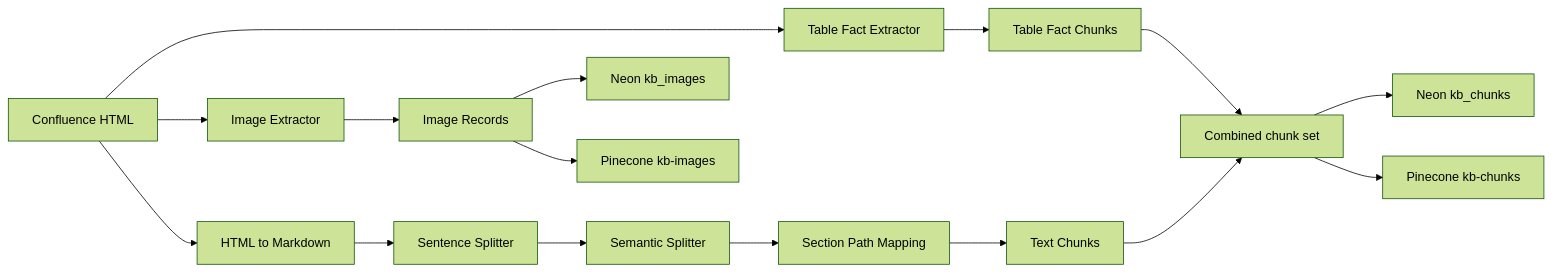
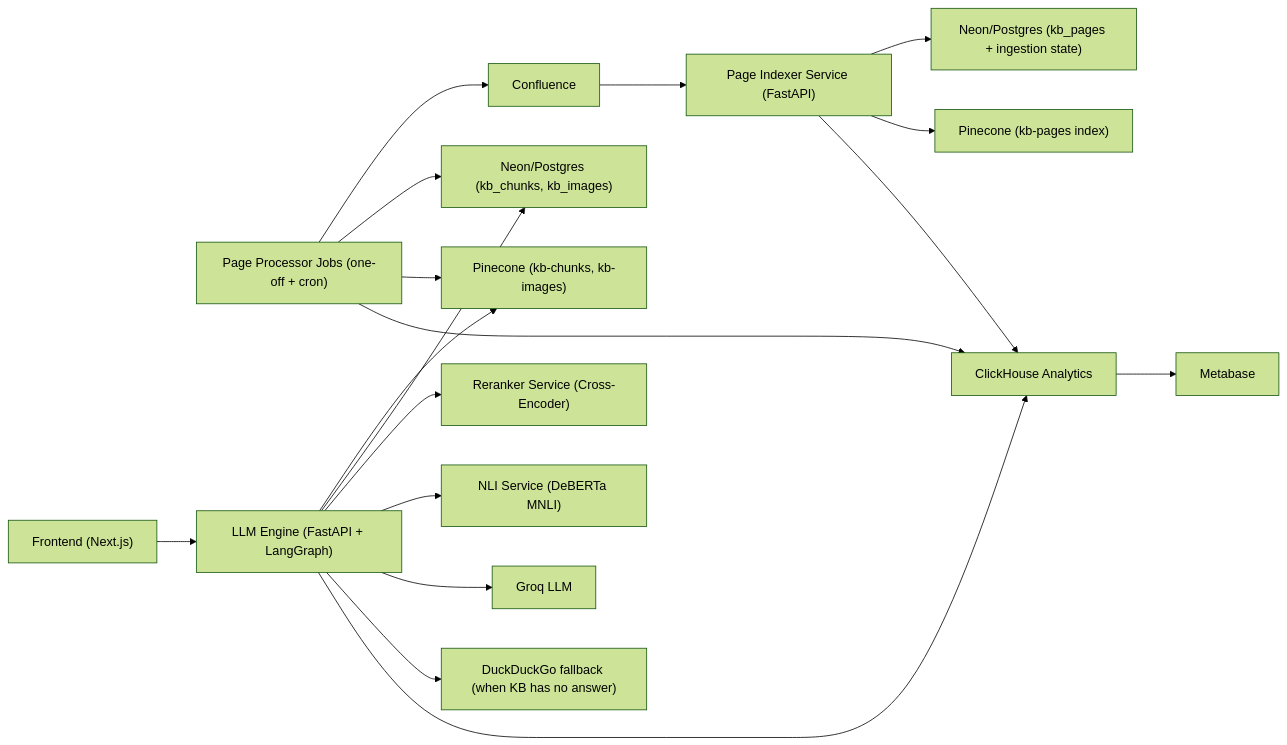
The diagram in README.md (theCodeForgerHQ/Nucleus-AI), drawn with Mermaid (forest theme) before and after one commit. The commit also changed other lines of this file and 1 other file, not shown here.

````diff
--- a/README.md
+++ b/README.md
@@ -216,18 +16,23 @@
 ```mermaid
 flowchart LR
-  A[Confluence HTML] --> B[Image Extractor]
-  A --> C[Table Fact Extractor]
-  A --> D[HTML to Markdown]
-  D --> E[Sentence Splitter]
-  E --> F[Semantic Splitter]
-  F --> G[Section Path Mapping]
-  C --> H[Table Fact Chunks]
-  B --> I[Image Records]
-  G --> J[Text Chunks]
-  H --> K[Combined chunk set]
-  J --> K
-  K --> L[Neon kb_chunks]
-  K --> M[Pinecone kb-chunks]
-  I --> N[Neon kb_images]
-  I --> O[Pinecone kb-images]
+  A["Confluence"] --> B["Page Indexer Service (FastAPI)"]
+  B --> C["Neon/Postgres (kb_pages + ingestion state)"]
+  B --> D["Pinecone (kb-pages index)"]
+
+  E["Page Processor Jobs (one-off + cron)"] --> A
+  E --> F["Neon/Postgres (kb_chunks, kb_images)"]
+  E --> G["Pinecone (kb-chunks, kb-images)"]
+
+  H["Frontend (Next.js)"] --> I["LLM Engine (FastAPI + LangGraph)"]
+  I --> G
+  I --> F
+  I --> J["Reranker Service (Cross-Encoder)"]
+  I --> K["NLI Service (DeBERTa MNLI)"]
+  I --> L["Groq LLM"]
+  I --> M["DuckDuckGo fallback (when KB has no answer)"]
+
+  B --> N["ClickHouse Analytics"]
+  E --> N
+  I --> N
+  N --> O["Metabase"]
 ```
````
